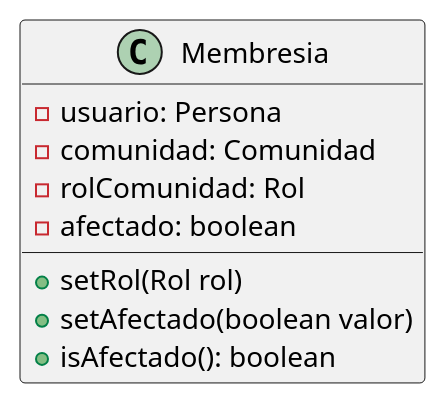
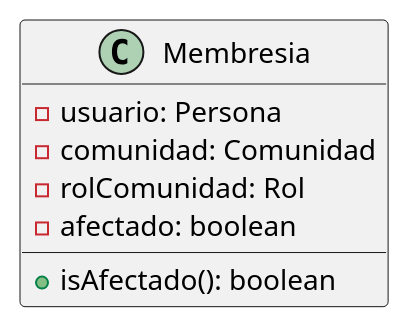
Before and after one commit to mbertogliati/dds-tpa: the diagram in DC/E3/domain/comunidades/Membresia.puml, drawn with PlantUML. The commit also changed 69 other files, not shown here.

Commit message:
Completo la estructura de (casi) todas las clases en el diagrama de clases (ver E3_COMPLETO.puml). Agregue tambien varios TODO con cosas para decidir.

```diff
--- a/DC/E3/domain/comunidades/Membresia.puml
+++ b/DC/E3/domain/comunidades/Membresia.puml
@@ -1,17 +1,15 @@
 @startuml
 'https://plantuml.com/class-diagram
 
 skinparam linetype ortho
 
 class Membresia{
     -usuario: Persona
     -comunidad: Comunidad
     -rolComunidad: Rol
     -afectado: boolean
 
-    +setRol(Rol rol)
-    +setAfectado(boolean valor)
     +isAfectado(): boolean
 }
 
 @enduml
```
